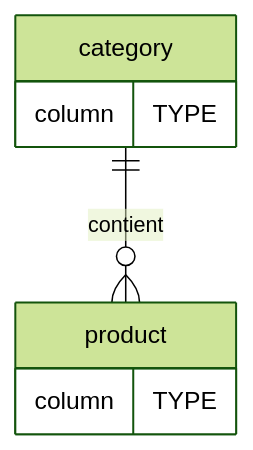
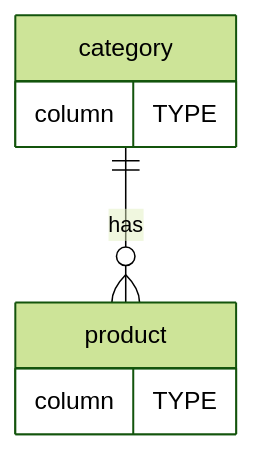
Before and after one commit to CHAOUCHI/parcours_cda: the fourth of 11 diagrams in SQL/Course/Apprendre le SQL.md, drawn with Mermaid (forest theme). The commit also changed other lines of this file and 9 other files, not shown here.

````diff
--- a/SQL/Course/Apprendre le SQL.md
+++ b/SQL/Course/Apprendre le SQL.md
@@ -305,10 +414,10 @@
 ```mermaid
 erDiagram
-    category ||--o{ product : contient
+    category ||--o{ product : has
     category {
         column TYPE
     }
     product {
         column TYPE
     }
 ```
````
